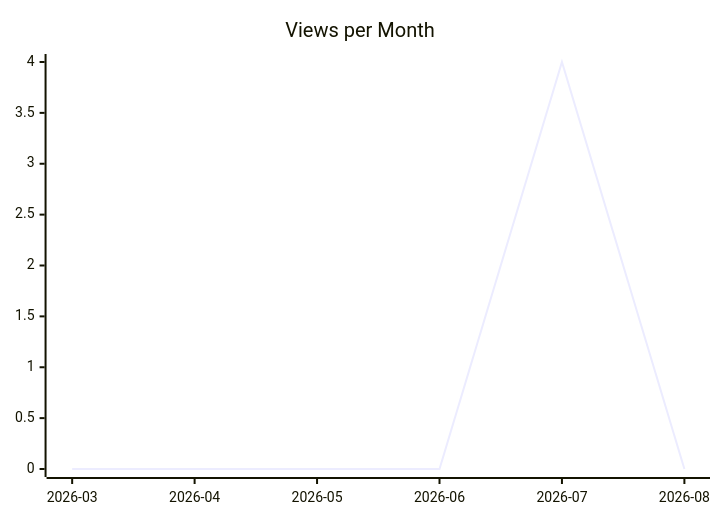
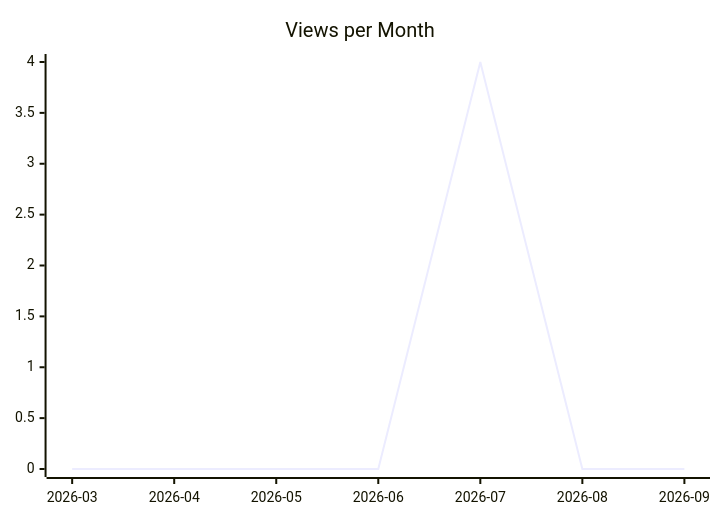
One commit to justdavis-family/github-analytics-data changed the second of 3 diagrams in karlmdavis/ansible-jenkins/README.md. Above: the diagram before and after it, drawn with Mermaid. The commit also changed other lines of this file and 191 other files, not shown here.

````diff
--- a/karlmdavis/ansible-jenkins/README.md
+++ b/karlmdavis/ansible-jenkins/README.md
@@ -12,6 +12,6 @@
 ```mermaid
 xychart-beta
   title "Views per Month"
-  x-axis ["2026-03", "2026-04", "2026-05", "2026-06", "2026-07", "2026-08"]
-  line [0, 0, 0, 0, 4, 0]
+  x-axis ["2026-03", "2026-04", "2026-05", "2026-06", "2026-07", "2026-08", "2026-09"]
+  line [0, 0, 0, 0, 4, 0, 0]
 ```
````
